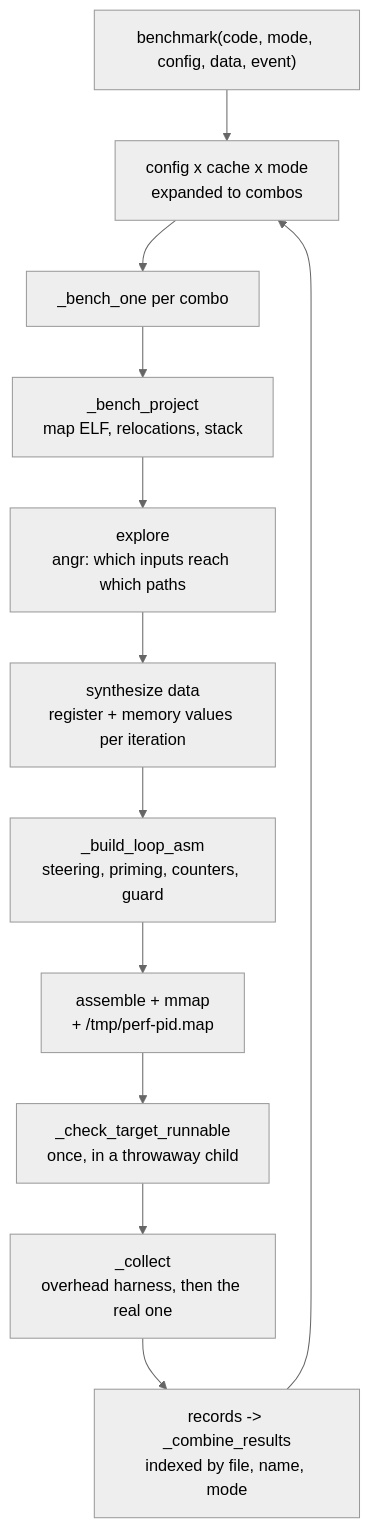
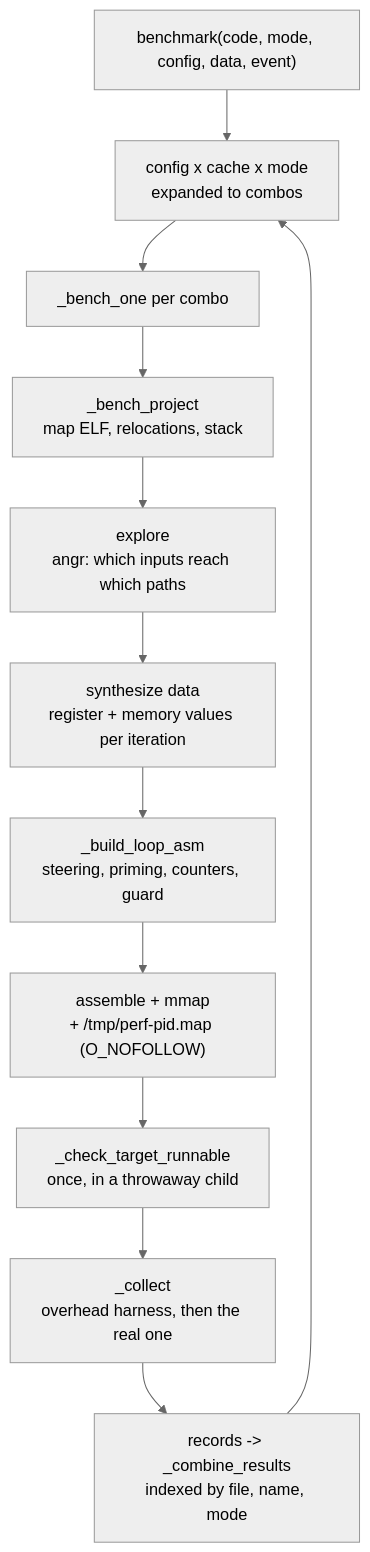
One commit to perf-labs/perf changed the second of 2 diagrams in src/README.md. Above: the diagram before and after it, drawn with Mermaid (neutral theme). The commit also changed other lines of this file and 27 other files, not shown here.

````diff
--- a/src/README.md
+++ b/src/README.md
@@ -56,14 +56,14 @@
 ```mermaid
 flowchart TD
     a["benchmark(code, mode, config, data, event)"] --> b["config x cache x mode<br/>expanded to combos"]
     b --> c["_bench_one per combo"]
     c --> d["_bench_project<br/>map ELF, relocations, stack"]
     d --> e["explore<br/>angr: which inputs reach which paths"]
     e --> f["synthesize data<br/>register + memory values per iteration"]
     f --> g["_build_loop_asm<br/>steering, priming, counters, guard"]
-    g --> h["assemble + mmap\n+ /tmp/perf-pid.map"]
+    g --> h["assemble + mmap\n+ /tmp/perf-pid.map (O_NOFOLLOW)"]
     h --> i["_check_target_runnable<br/>once, in a throwaway child"]
     i --> j["_collect<br/>overhead harness, then the real one"]
     j --> k["records -> _combine_results<br/>indexed by file, name, mode"]
     k --> b
 ```
````
